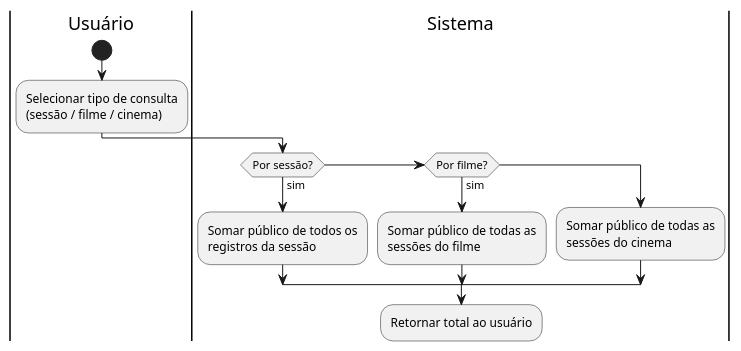
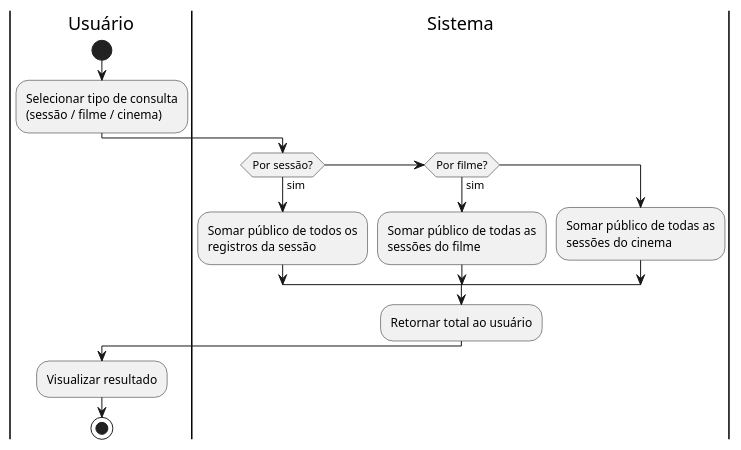
One commit to Donadell0/sistema-rede-cinemas changed the third of 3 diagrams in docs/diagramas-atividade.md. Above: the diagram before and after it, drawn with PlantUML.

````diff
--- a/docs/diagramas-atividade.md
+++ b/docs/diagramas-atividade.md
@@ -86,19 +86,22 @@
 ```plantuml
 @startuml
 |Usuário|
 start
 :Selecionar tipo de consulta\n(sessão / filme / cinema);
 
 |Sistema|
 if (Por sessão?) then (sim)
   :Somar público de todos os\nregistros da sessão;
 else if (Por filme?) then (sim)
   :Somar público de todas as\nsessões do filme;
 else
   :Somar público de todas as\nsessões do cinema;
 endif
 
 :Retornar total ao usuário;
 
 |Usuário|
+:Visualizar resultado;
+stop
+@enduml
 ```
````
